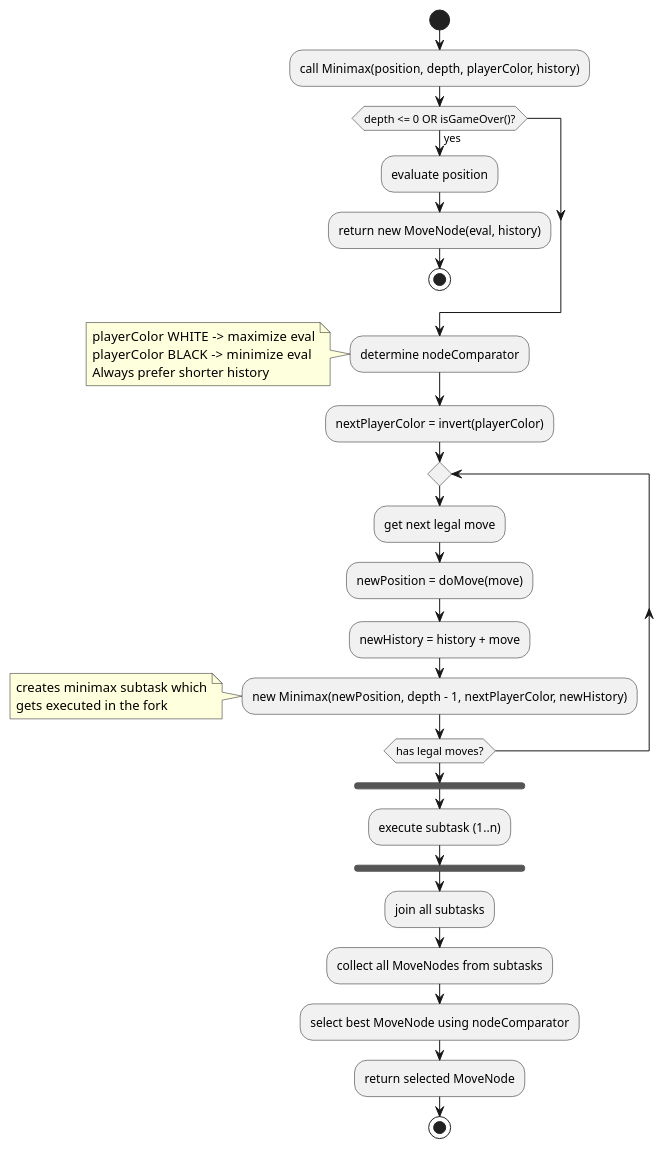
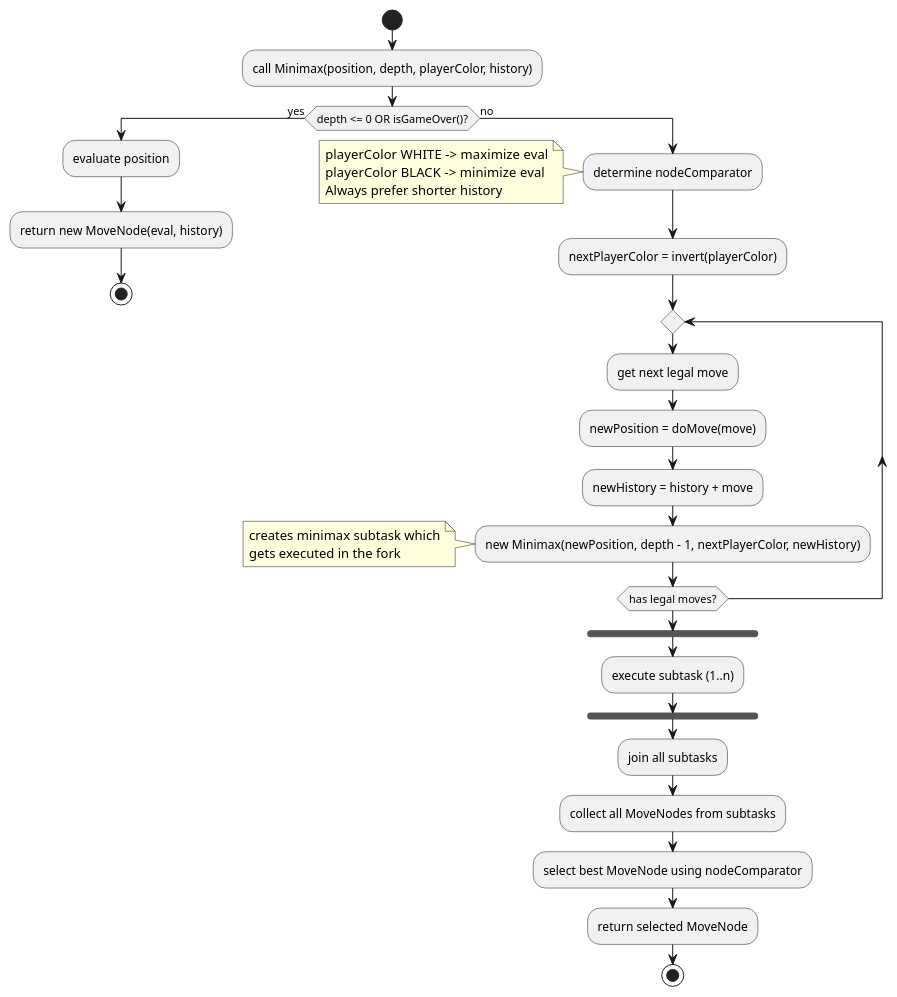
Before and after one commit to l2c0r3/blobfish: the diagram in docs/plantuml/minimax-diagrams/forkjoin-minimax.puml, drawn with PlantUML.

Commit message:
add no verzweigung

```diff
--- a/docs/plantuml/minimax-diagrams/forkjoin-minimax.puml
+++ b/docs/plantuml/minimax-diagrams/forkjoin-minimax.puml
@@ -1,44 +1,48 @@
 @startuml
 start
 
 :call Minimax(position, depth, playerColor, history);
 
 if (depth <= 0 OR isGameOver()?) then (yes)
   :evaluate position;
   :return new MoveNode(eval, history);
   stop
+else (no)
+
+    :determine nodeComparator;
+    note
+    playerColor WHITE  -> maximize eval
+    playerColor BLACK  -> minimize eval
+    Always prefer shorter history
+    end note
+
+    :nextPlayerColor = invert(playerColor);
+
+    repeat
+        :get next legal move;
+        :newPosition = doMove(move);
+        :newHistory = history + move;
+        :new Minimax(newPosition, depth - 1, nextPlayerColor, newHistory);
+        note left
+        creates minimax subtask which
+        gets executed in the fork
+        end note
+    repeat while (has legal moves?)
+
+    fork
+        :execute subtask (1..n);
+    end fork
+    :join all subtasks;
+
+    :collect all MoveNodes from subtasks;
+
+    :select best MoveNode using nodeComparator;
+
+    :return selected MoveNode;
+    stop
+
 endif
 
-:determine nodeComparator;
-note
-playerColor WHITE  -> maximize eval
-playerColor BLACK  -> minimize eval
-Always prefer shorter history
-end note
 
-:nextPlayerColor = invert(playerColor);
-
-repeat
-    :get next legal move;
-    :newPosition = doMove(move);
-    :newHistory = history + move;
-    :new Minimax(newPosition, depth - 1, nextPlayerColor, newHistory);
-    note left
-    creates minimax subtask which
-    gets executed in the fork
-    end note
-repeat while (has legal moves?)
-
-fork
-    :execute subtask (1..n);
-end fork
-:join all subtasks;
-
-:collect all MoveNodes from subtasks;
-
-:select best MoveNode using nodeComparator;
-
-:return selected MoveNode;
-stop
 
 @enduml
```
